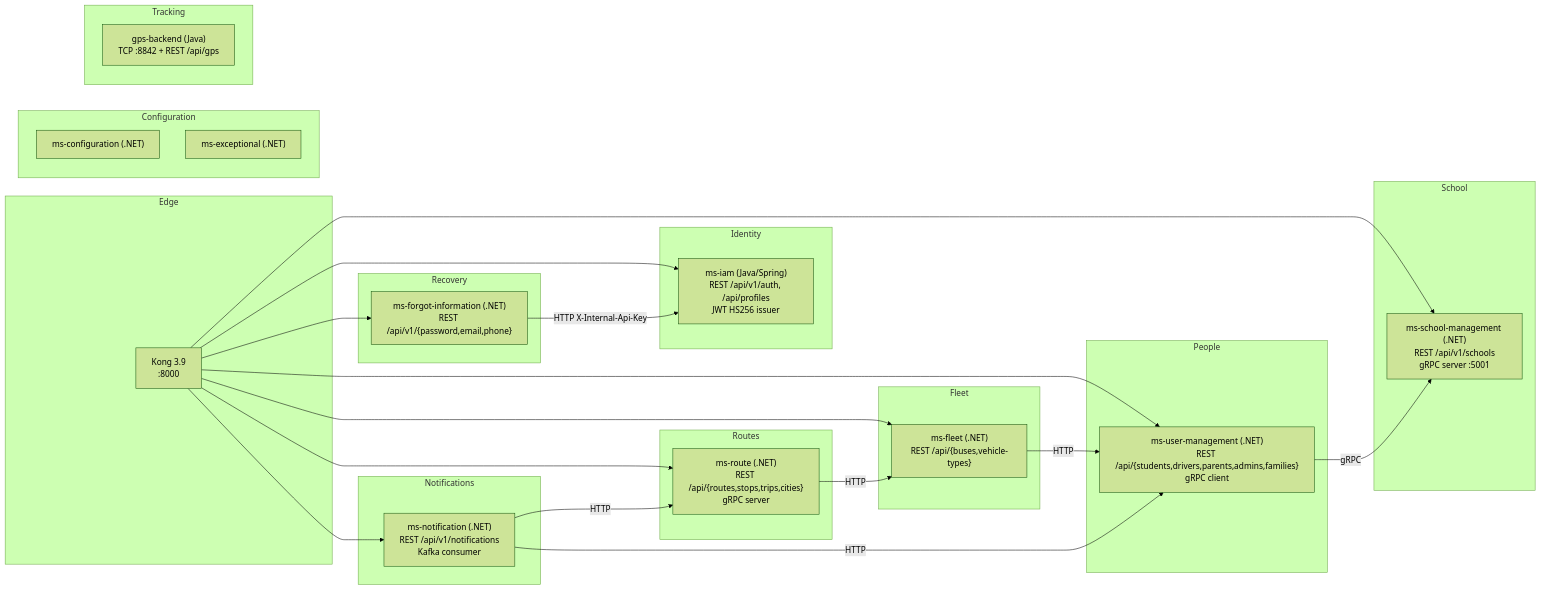
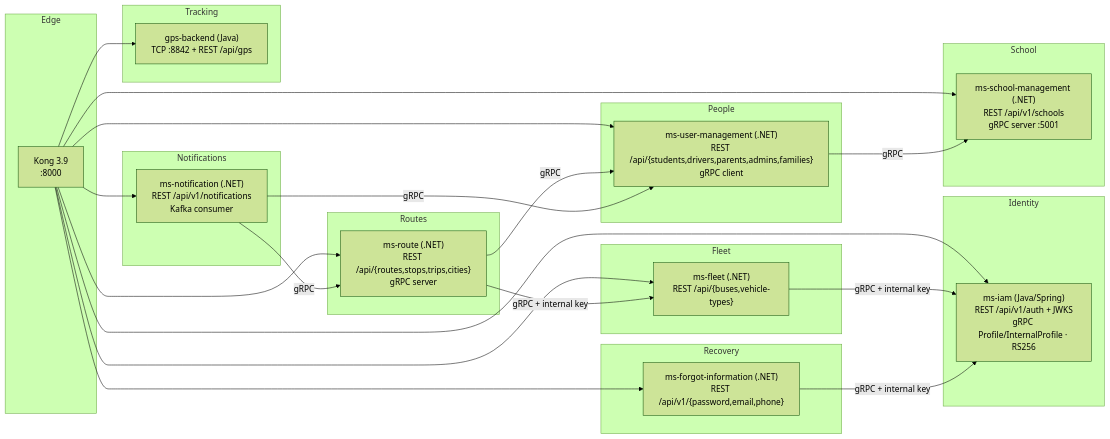
The third of 12 diagrams in Manuales/en/Manual-Tecnico-Guardian-Escolar.md (school-guardian-project/sg-documentation), drawn with Mermaid (forest theme) before and after one commit. The commit also changed other lines of this file and 1 other file, not shown here.

````diff
--- a/Manuales/en/Manual-Tecnico-Guardian-Escolar.md
+++ b/Manuales/en/Manual-Tecnico-Guardian-Escolar.md
@@ -292,40 +291,37 @@
 ```mermaid
 flowchart LR
     subgraph Edge
         KONG[Kong 3.9\n:8000]
     end
     subgraph Identity
-        IAM["ms-iam (Java/Spring)\nREST /api/v1/auth, /api/profiles\nJWT HS256 issuer"]
+        IAM["ms-iam (Java/Spring)\nREST /api/v1/auth + JWKS\ngRPC Profile/InternalProfile · RS256"]
     end
     subgraph People
         UMU["ms-user-management (.NET)\nREST /api/{students,drivers,parents,admins,families}\ngRPC client"]
     end
     subgraph School
         SCH["ms-school-management (.NET)\nREST /api/v1/schools\ngRPC server :5001"]
     end
     subgraph Fleet
         FLT["ms-fleet (.NET)\nREST /api/{buses,vehicle-types}"]
     end
     subgraph Routes
         ROU["ms-route (.NET)\nREST /api/{routes,stops,trips,cities}\ngRPC server"]
     end
     subgraph Notifications
         NOT["ms-notification (.NET)\nREST /api/v1/notifications\nKafka consumer"]
     end
     subgraph Recovery
         FOR["ms-forgot-information (.NET)\nREST /api/v1/{password,email,phone}"]
     end
-    subgraph Configuration
-        CON["ms-configuration (.NET)"]
-        EXC["ms-exceptional (.NET)"]
-    end
     subgraph Tracking
         GPS["gps-backend (Java)\nTCP :8842 + REST /api/gps"]
     end
-    KONG --> IAM & UMU & SCH & FLT & ROU & NOT & FOR
+    KONG --> IAM & UMU & SCH & FLT & ROU & NOT & FOR & GPS
     UMU -->|gRPC| SCH
-    FLT -->|HTTP| UMU
-    ROU -->|HTTP| FLT
-    NOT -->|HTTP| UMU & ROU
-    FOR -->|HTTP X-Internal-Api-Key| IAM
+    FLT -->|gRPC + internal key| IAM
+    ROU -->|gRPC + internal key| FLT
+    ROU -->|gRPC| UMU
+    NOT -->|gRPC| UMU & ROU
+    FOR -->|gRPC + internal key| IAM
 ```
````
